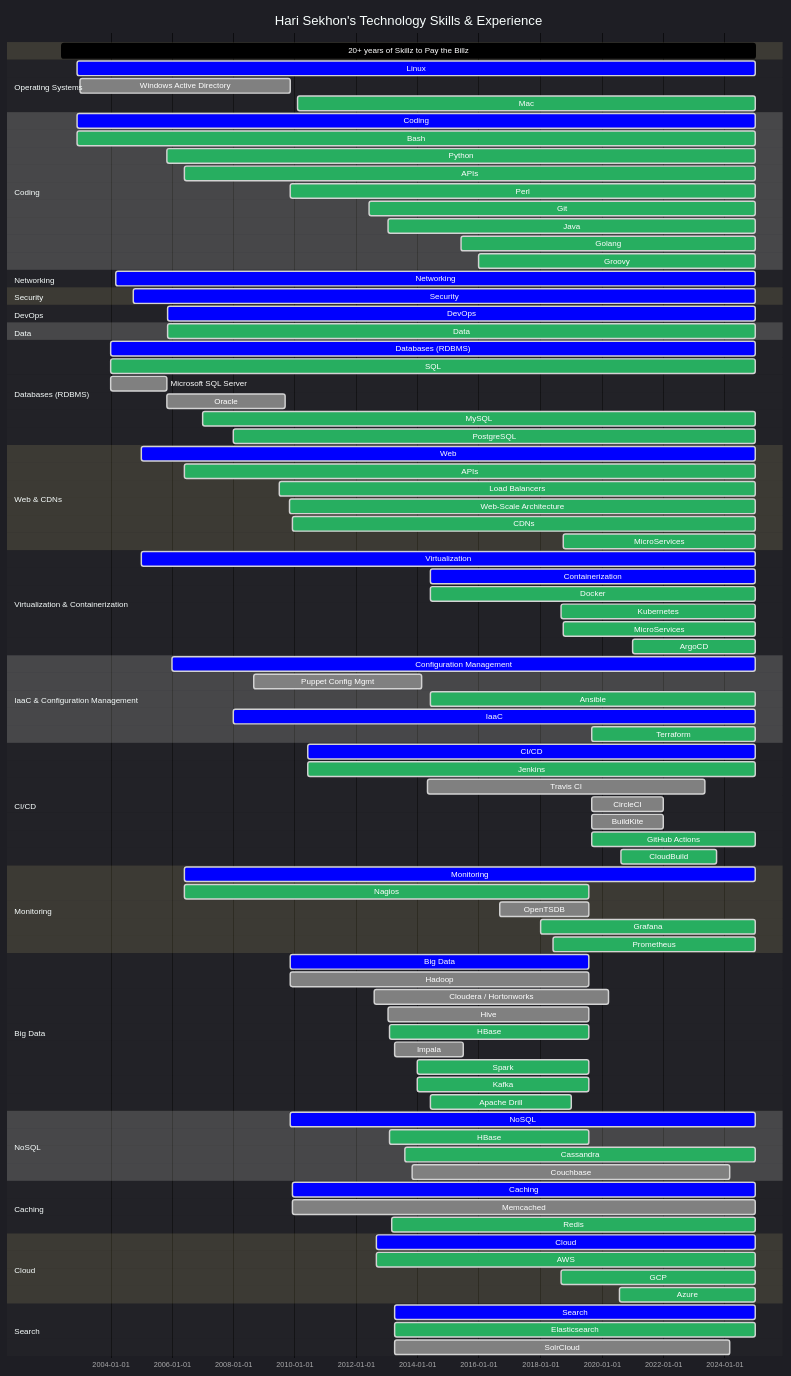
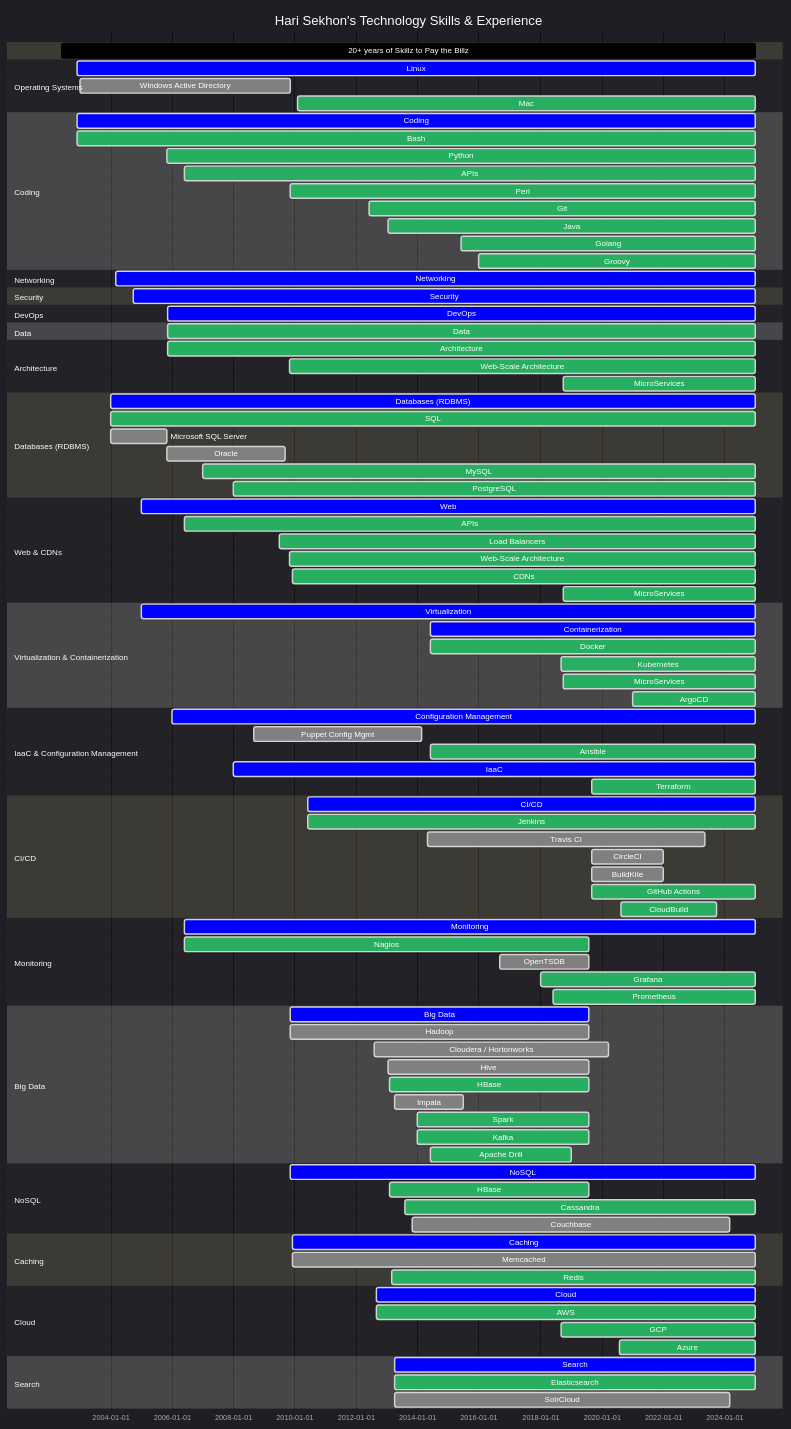
The diagram in README.md (HariSekhon/HariSekhon), drawn with Mermaid before and after one commit.

```diff
--- a/README.md
+++ b/README.md
@@ -370,6 +370,11 @@
     Data                   : active, 2005-11-11, 2024-12-31
     %%Data Validation        : done, 2006-06-01, 2024-12-31
     %%Data Science           : done, 2013-01-18, 2024-12-31
+
+    section Architecture
+    Architecture            : active, 2005-11-11, 2024-12-31
+    Web-Scale Architecture  : active, 2009-11-01, 2024-12-31
+    MicroServices           : active, 2018-10-01, 2024-12-31
 
     section Databases (RDBMS)
     Databases (RDBMS)      : crit, 2004-01-01, 2024-12-31
```
